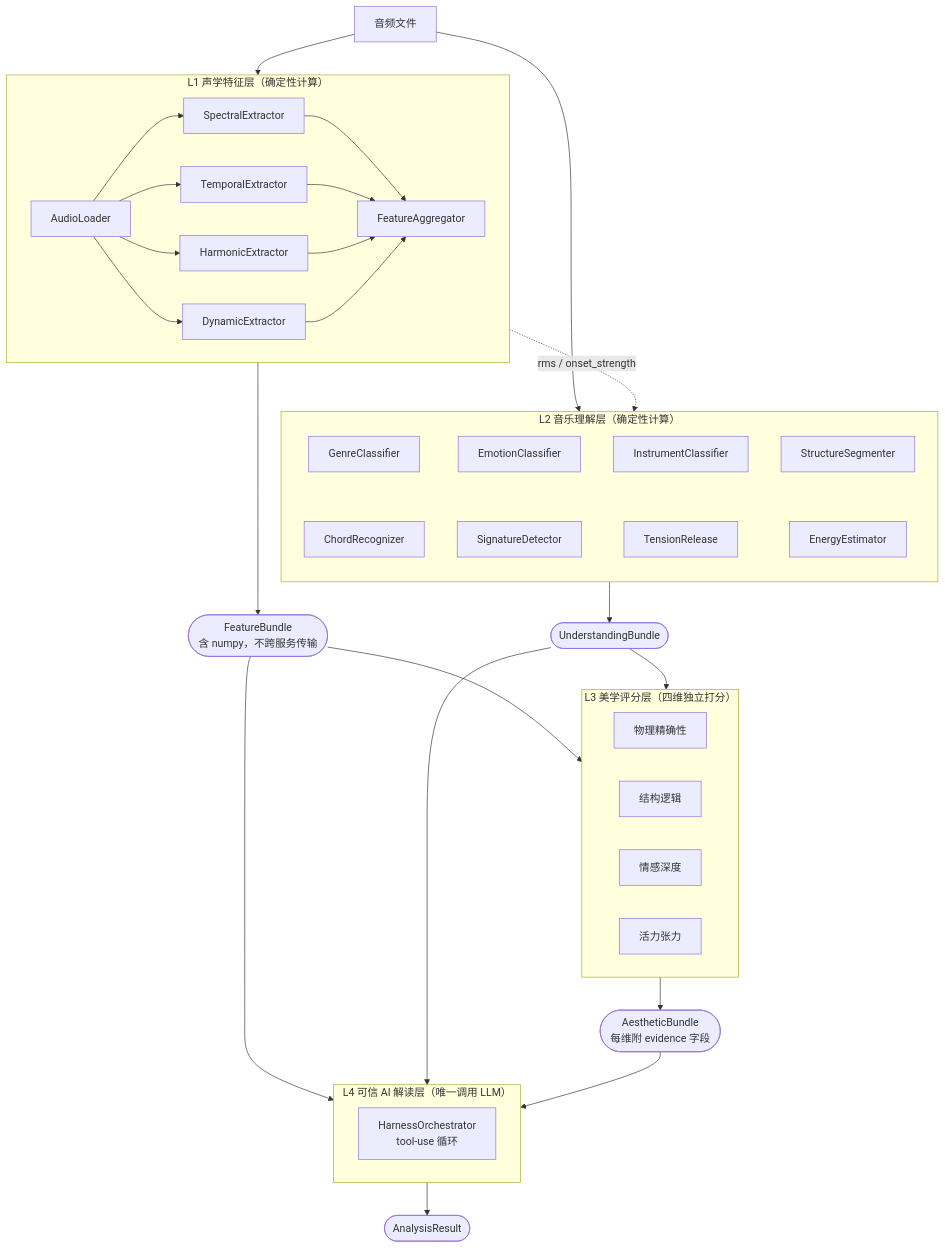
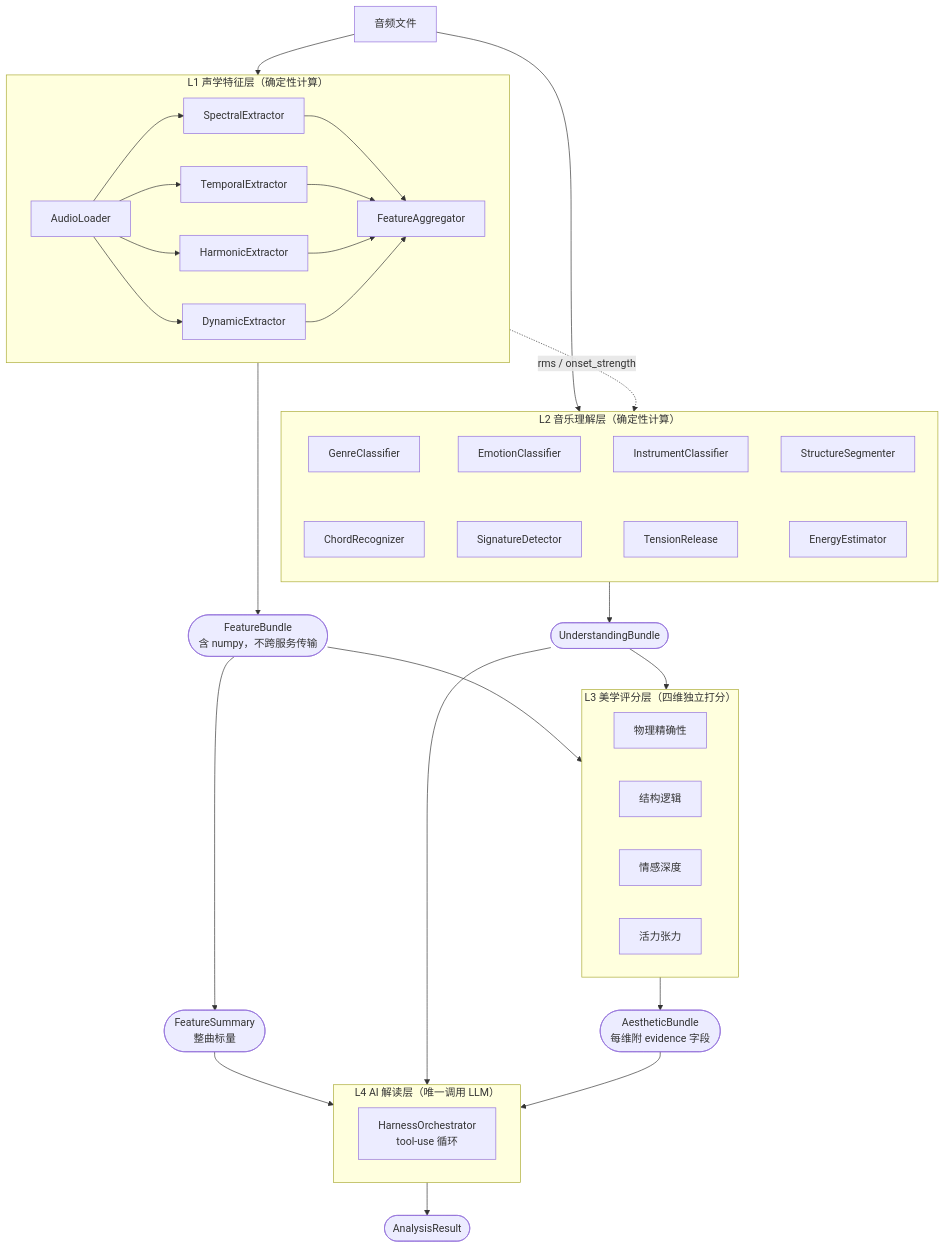
Before and after one commit to sereinlover/sereinlover.github.io: the second of 2 diagrams in src/content/blog/音乐美学计算平台/01_第 1 章 绪论.md, drawn with Mermaid. The commit also changed other lines of this file and 20 other files, not shown here.

````diff
--- a/src/content/blog/音乐美学计算平台/01_第 1 章 绪论.md
+++ b/src/content/blog/音乐美学计算平台/01_第 1 章 绪论.md
@@ -119,66 +119,68 @@
 ```mermaid
 %%{init: {'flowchart': {'useMaxWidth': true}}}%%
 flowchart TB
     Audio["音频文件"]
 
     subgraph L1["L1 声学特征层（确定性计算）"]
         direction LR
         AudioLoader["AudioLoader"]
         Spectral["SpectralExtractor"]
         Temporal["TemporalExtractor"]
         Harmonic["HarmonicExtractor"]
         Dynamic["DynamicExtractor"]
         Aggregator["FeatureAggregator"]
         AudioLoader --> Spectral & Temporal & Harmonic & Dynamic --> Aggregator
     end
 
     subgraph L2["L2 音乐理解层（确定性计算）"]
         direction TB
         Genre["GenreClassifier"]
         Emotion["EmotionClassifier"]
         Instrument["InstrumentClassifier"]
         Structure["StructureSegmenter"]
         Chord["ChordRecognizer"]
         Signature["SignatureDetector"]
         Tension["TensionRelease"]
         Energy["EnergyEstimator"]
         %% 不可见连线把 8 个模块排成上下两行，每行 4 个
         Genre ~~~ Chord
         Emotion ~~~ Signature
         Instrument ~~~ Tension
         Structure ~~~ Energy
     end
 
     Audio --> L1
     Audio --> L2
     Aggregator -. "rms / onset_strength" .-> Energy
 
     FB(["FeatureBundle<br/>含 numpy，不跨服务传输"])
     UB(["UnderstandingBundle"])
+    FS(["FeatureSummary<br/>整曲标量"])
     L1 --> FB
+    FB --> FS
     L2 --> UB
 
     subgraph L3["L3 美学评分层（四维独立打分）"]
         direction LR
         Physical["物理精确性"]
         StructLogic["结构逻辑"]
         EmoDepth["情感深度"]
         Vital["活力张力"]
     end
 
     FB --> L3
     UB --> L3
 
     AB(["AestheticBundle<br/>每维附 evidence 字段"])
     L3 --> AB
 
-    subgraph L4["L4 可信 AI 解读层（唯一调用 LLM）"]
+    subgraph L4["L4 AI 解读层（唯一调用 LLM）"]
         Orchestrator["HarnessOrchestrator<br/>tool-use 循环"]
     end
 
-    FB --> L4
+    FS --> L4
     UB --> L4
     AB --> L4
     AR(["AnalysisResult"])
     L4 --> AR
 ```
````
